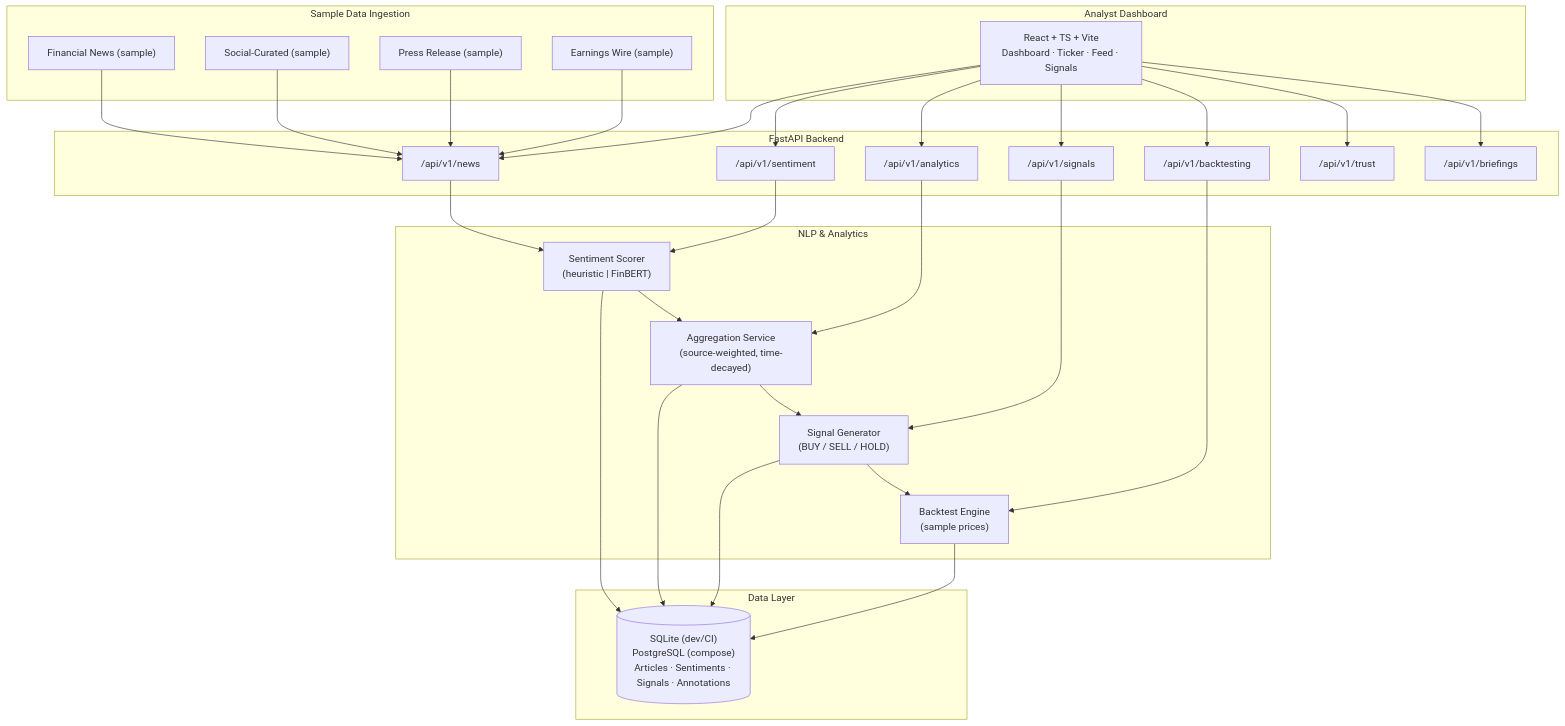
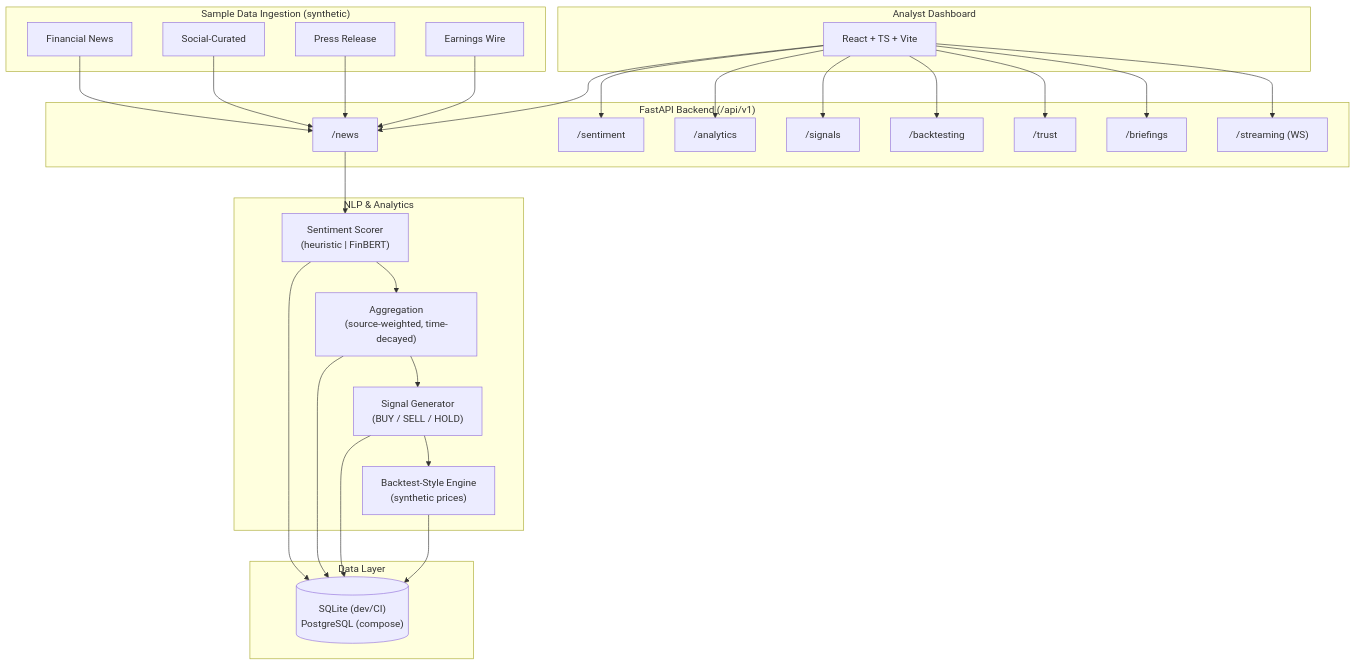
Before and after one commit to RyanJBush/Real-time-market-sentiment-and-trading-intelligence-platform: the diagram in README.md, drawn with Mermaid. The commit also changed other lines of this file and 5 other files, not shown here.

First line of the commit message:
docs: recruiter-readiness pass — README, architecture, demo runbook, resume bullets, screenshot guide

````diff
--- a/README.md
+++ b/README.md
@@ -73,44 +148,41 @@
 ```mermaid
 flowchart TD
-    subgraph Ingestion["Sample Data Ingestion"]
-        NEWS["Financial News (sample)"]
-        SOCIAL["Social-Curated (sample)"]
-        PRESS["Press Release (sample)"]
-        WIRE["Earnings Wire (sample)"]
+    subgraph Ingestion["Sample Data Ingestion (synthetic)"]
+        NEWS["Financial News"]
+        SOCIAL["Social-Curated"]
+        PRESS["Press Release"]
+        WIRE["Earnings Wire"]
     end
 
-    subgraph API["FastAPI Backend"]
-        R_NEWS["/api/v1/news"]
-        R_SENT["/api/v1/sentiment"]
-        R_AGG["/api/v1/analytics"]
-        R_SIG["/api/v1/signals"]
-        R_BT["/api/v1/backtesting"]
-        R_TRUST["/api/v1/trust"]
-        R_BRIEF["/api/v1/briefings"]
+    subgraph API["FastAPI Backend (/api/v1)"]
+        R_NEWS["/news"]
+        R_SENT["/sentiment"]
+        R_AGG["/analytics"]
+        R_SIG["/signals"]
+        R_BT["/backtesting"]
+        R_TRUST["/trust"]
+        R_BRIEF["/briefings"]
+        R_STREAM["/streaming (WS)"]
     end
 
     subgraph NLP["NLP & Analytics"]
         SCORER["Sentiment Scorer\n(heuristic | FinBERT)"]
-        AGG["Aggregation Service\n(source-weighted, time-decayed)"]
+        AGG["Aggregation\n(source-weighted, time-decayed)"]
         SIGNAL["Signal Generator\n(BUY / SELL / HOLD)"]
-        BT["Backtest Engine\n(sample prices)"]
+        BT["Backtest-Style Engine\n(synthetic prices)"]
     end
 
     subgraph Data["Data Layer"]
-        DB[("SQLite (dev/CI)\nPostgreSQL (compose)\nArticles · Sentiments · Signals · Annotations")]
+        DB[("SQLite (dev/CI)\nPostgreSQL (compose)")]
     end
 
     subgraph UI["Analyst Dashboard"]
-        DASH["React + TS + Vite\nDashboard · Ticker · Feed · Signals"]
+        DASH["React + TS + Vite"]
     end
 
     NEWS & SOCIAL & PRESS & WIRE --> R_NEWS
     R_NEWS --> SCORER --> AGG --> SIGNAL
     SIGNAL --> BT
-    R_SENT --> SCORER
-    R_AGG --> AGG
-    R_SIG --> SIGNAL
-    R_BT --> BT
     SCORER & AGG & SIGNAL & BT --> DB
-    DASH --> R_NEWS & R_SENT & R_AGG & R_SIG & R_BT & R_TRUST & R_BRIEF
+    DASH --> R_NEWS & R_SENT & R_AGG & R_SIG & R_BT & R_TRUST & R_BRIEF & R_STREAM
 ```
````
